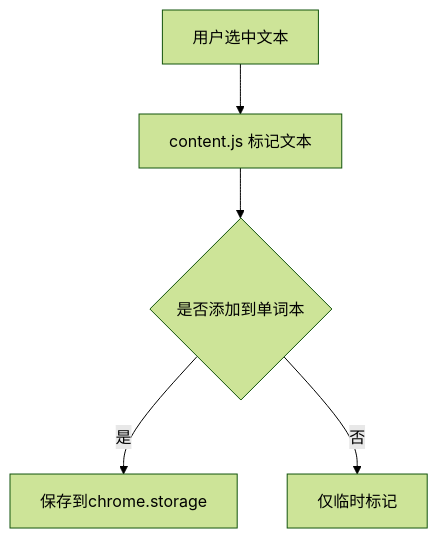
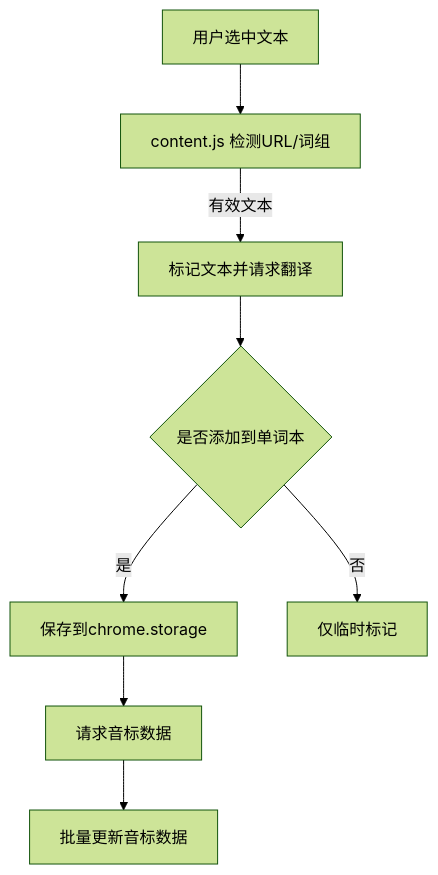
One commit to shixiuhai/chrome_english_study_crx changed the diagram in READMEAUDIT.md. Above: the diagram before and after it, drawn with Mermaid (forest theme). The commit also changed other lines of this file and 2 other files, not shown here.

````diff
--- a/READMEAUDIT.md
+++ b/READMEAUDIT.md
@@ -25,7 +31,10 @@
 ```mermaid
 graph TB
-    A[用户选中文本] --> B[content.js 标记文本]
-    B --> C{是否添加到单词本}
-    C -->|是| D[保存到chrome.storage]
-    C -->|否| E[仅临时标记]
+    A[用户选中文本] --> B[content.js 检测URL/词组]
+    B -->|有效文本| C[标记文本并请求翻译]
+    C --> D{是否添加到单词本}
+    D -->|是| E[保存到chrome.storage]
+    E --> F[请求音标数据]
+    D -->|否| G[仅临时标记]
+    F --> H[批量更新音标数据]
 ```
````
